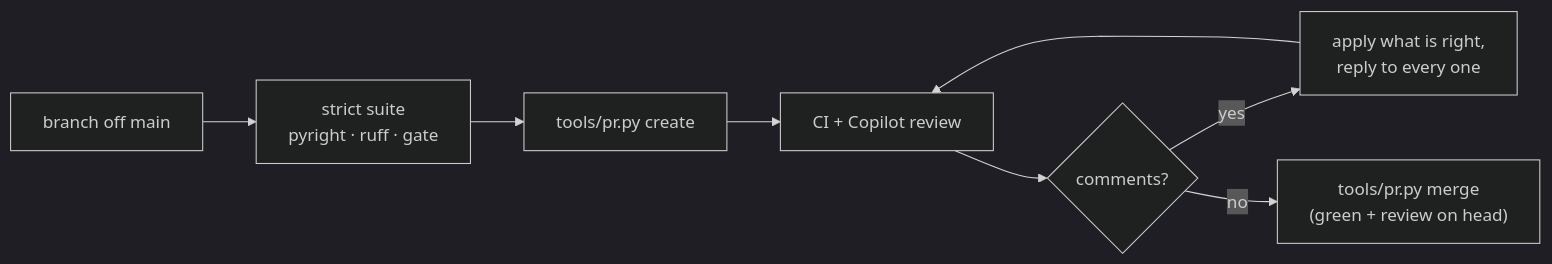
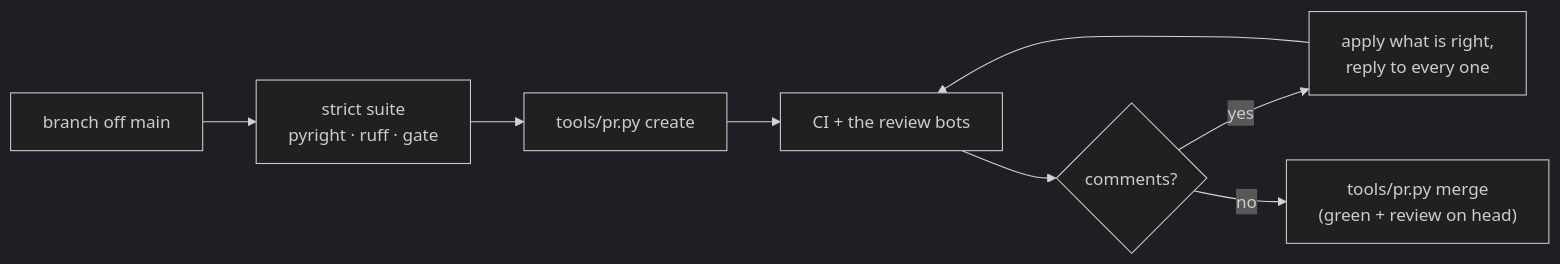
One commit to myersben9/fdia-graph changed the first of 2 diagrams in CONTRIBUTING.md. Above: the diagram before and after it, drawn with Mermaid (dark theme). The commit also changed other lines of this file and 3 other files, not shown here.

````diff
--- a/CONTRIBUTING.md
+++ b/CONTRIBUTING.md
@@ -29,10 +29,10 @@
 ```mermaid
 flowchart LR
     A[branch off main] --> B[strict suite<br/>pyright · ruff · gate]
     B --> C["tools/pr.py create"]
-    C --> D[CI + Copilot review]
+    C --> D[CI + the review bots]
     D --> E{comments?}
     E -- yes --> F[apply what is right,<br/>reply to every one]
     F --> D
     E -- no --> G["tools/pr.py merge<br/>(green + review on head)"]
 ```
````
